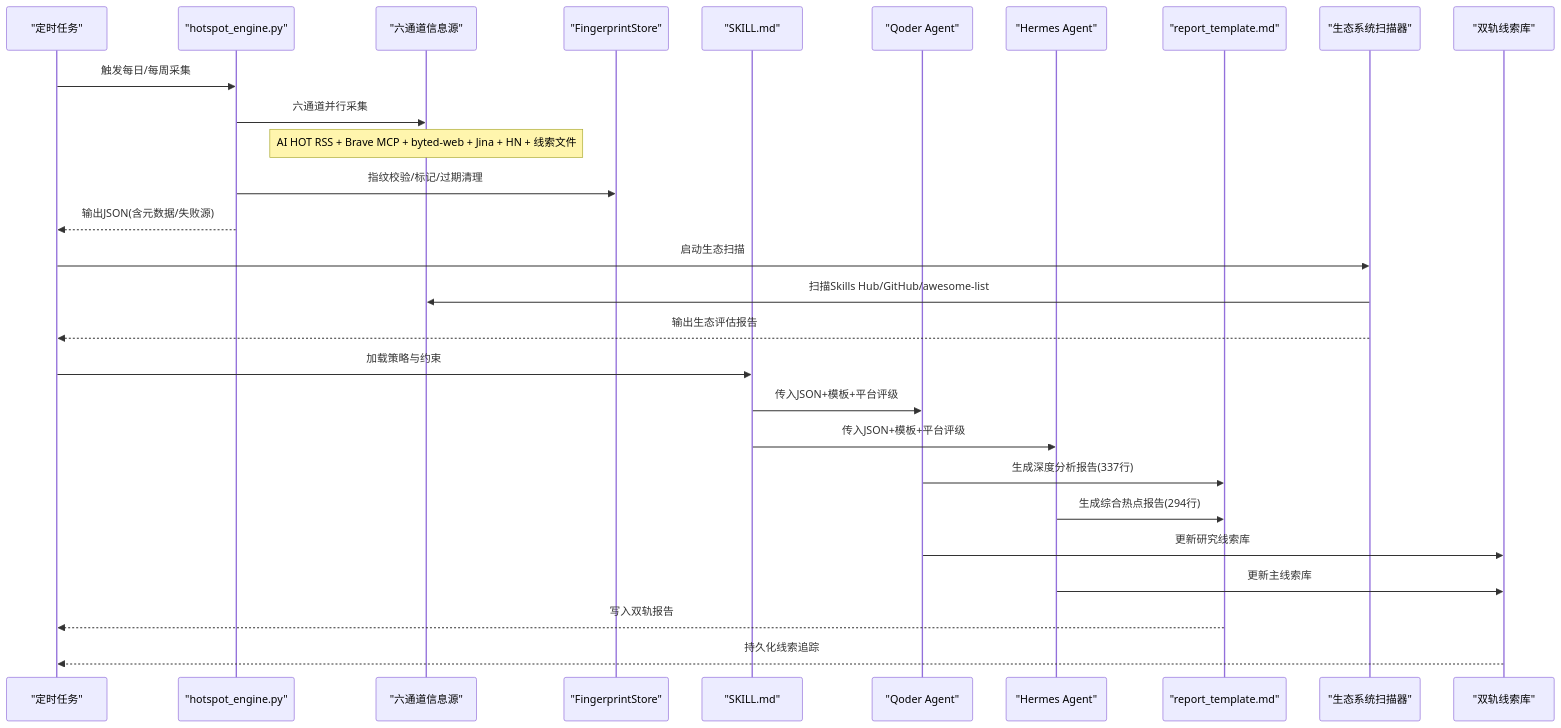
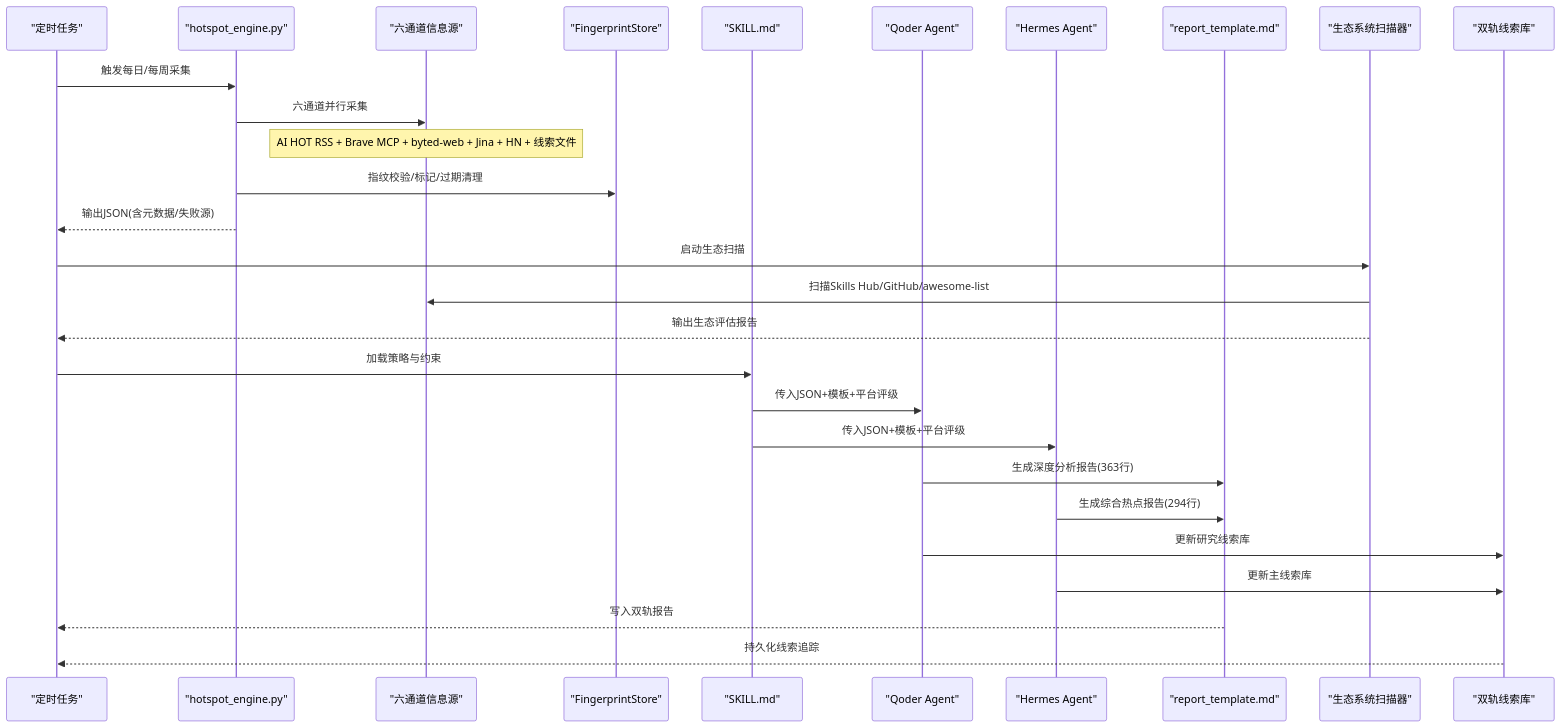
Before and after one commit to John198912/hermes_workspace: the second of 4 diagrams in .qoder/repowiki/zh/content/核心技能详解/Qoder Agent 每日热点报告系统.md, drawn with Mermaid. The commit also changed other lines of this file and 36 other files, not shown here.

````diff
--- a/.qoder/repowiki/zh/content/核心技能详解/Qoder Agent 每日热点报告系统.md
+++ b/.qoder/repowiki/zh/content/核心技能详解/Qoder Agent 每日热点报告系统.md
@@ -136,30 +138,30 @@
 ```mermaid
 sequenceDiagram
 participant Cron as "定时任务"
 participant Engine as "hotspot_engine.py"
 participant Sources as "六通道信息源"
 participant Store as "FingerprintStore"
 participant Skill as "SKILL.md"
 participant Qoder as "Qoder Agent"
 participant Hermes as "Hermes Agent"
 participant Report as "report_template.md"
 participant Scanner as "生态系统扫描器"
 participant Clues as "双轨线索库"
 Cron->>Engine : 触发每日/每周采集
 Engine->>Sources : 六通道并行采集
 Note over Sources : AI HOT RSS + Brave MCP + byted-web + Jina + HN + 线索文件
 Engine->>Store : 指纹校验/标记/过期清理
 Engine-->>Cron : 输出JSON(含元数据/失败源)
 Cron->>Scanner : 启动生态扫描
 Scanner->>Sources : 扫描Skills Hub/GitHub/awesome-list
 Scanner-->>Cron : 输出生态评估报告
 Cron->>Skill : 加载策略与约束
 Skill->>Qoder : 传入JSON+模板+平台评级
 Skill->>Hermes : 传入JSON+模板+平台评级
-Qoder->>Report : 生成深度分析报告(337行)
+Qoder->>Report : 生成深度分析报告(363行)
 Hermes->>Report : 生成综合热点报告(294行)
 Qoder->>Clues : 更新研究线索库
 Hermes->>Clues : 更新主线索库
 Report-->>Cron : 写入双轨报告
 Clues-->>Cron : 持久化线索追踪
 ```
````
